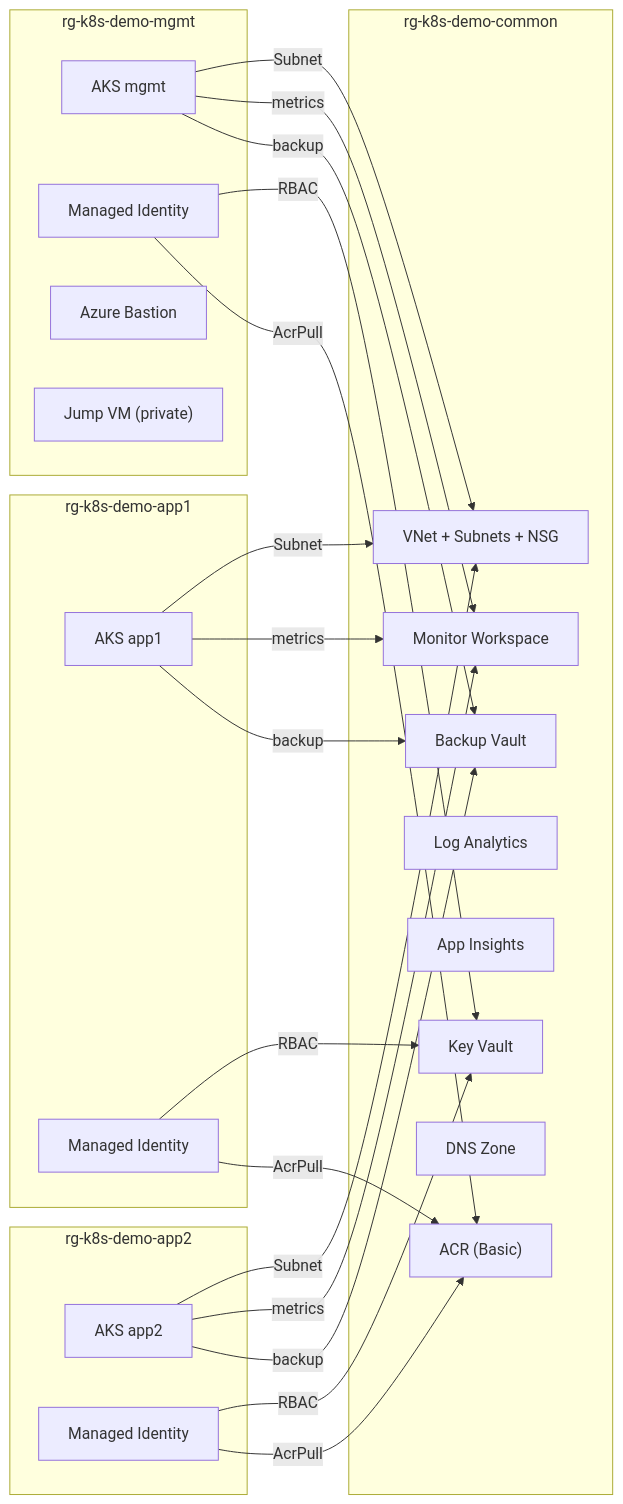
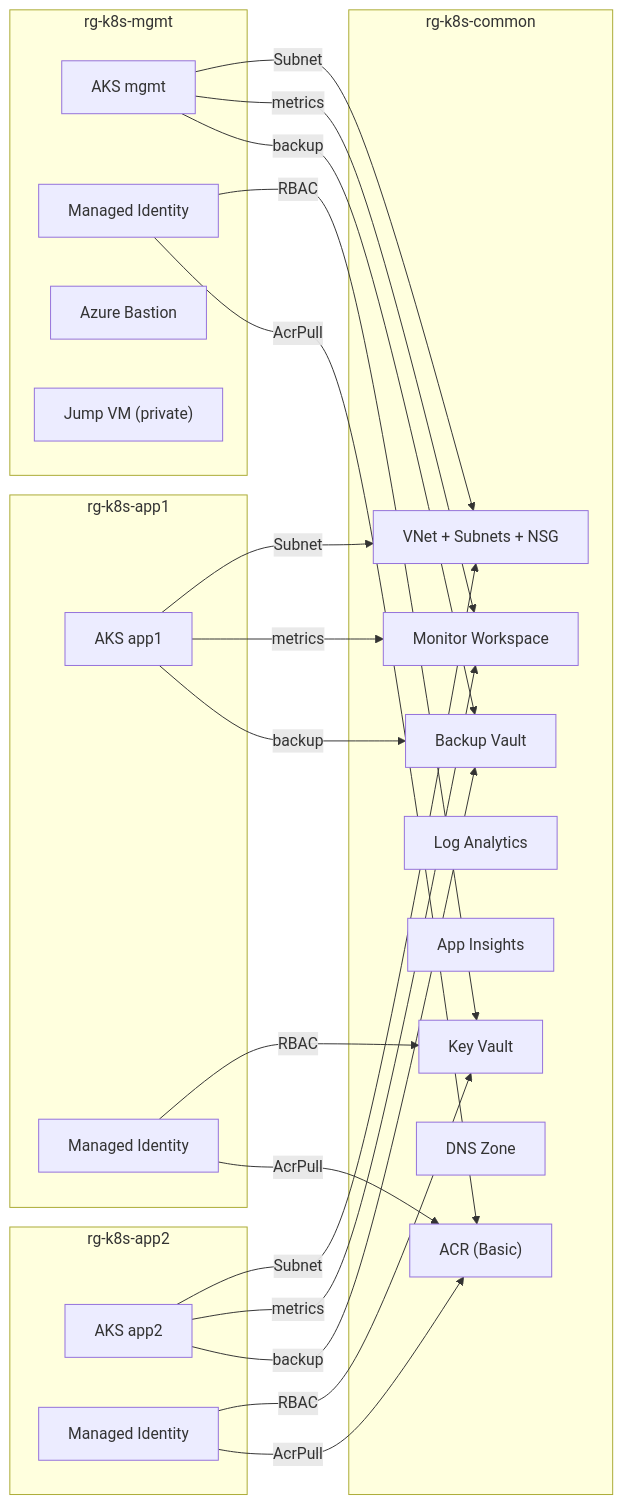
One commit to bocopile/azure-k8s-terraform changed the second of 22 diagrams in document/azure/DIAGRAMS.md. Above: the diagram before and after it, drawn with Mermaid. The commit also changed other lines of this file and 24 other files, not shown here.

````diff
--- a/document/azure/DIAGRAMS.md
+++ b/document/azure/DIAGRAMS.md
@@ -132,50 +132,50 @@
 ```mermaid
 graph LR
-    subgraph rg-common["rg-k8s-demo-common"]
+    subgraph rg-common["rg-k8s-common"]
         VNet["VNet + Subnets + NSG"]
         KV["Key Vault"]
         MON["Monitor Workspace"]
         LAW["Log Analytics"]
         AI["App Insights"]
         BV["Backup Vault"]
         DNS["DNS Zone"]
         ACR["ACR (Basic)"]
     end
 
-    subgraph rg-mgmt["rg-k8s-demo-mgmt"]
+    subgraph rg-mgmt["rg-k8s-mgmt"]
         AKS_M["AKS mgmt"]
         MI_M["Managed Identity"]
         BAST["Azure Bastion"]
         JVM["Jump VM (private)"]
     end
 
-    subgraph rg-app1["rg-k8s-demo-app1"]
+    subgraph rg-app1["rg-k8s-app1"]
         AKS_A1["AKS app1"]
         MI_A1["Managed Identity"]
     end
 
-    subgraph rg-app2["rg-k8s-demo-app2"]
+    subgraph rg-app2["rg-k8s-app2"]
         AKS_A2["AKS app2"]
         MI_A2["Managed Identity"]
     end
 
     AKS_M -->|Subnet| VNet
     AKS_A1 -->|Subnet| VNet
     AKS_A2 -->|Subnet| VNet
 
     MI_M -->|RBAC| KV
     MI_A1 -->|RBAC| KV
     MI_A2 -->|RBAC| KV
 
     AKS_M -->|metrics| MON
     AKS_A1 -->|metrics| MON
     AKS_A2 -->|metrics| MON
 
     AKS_M -->|backup| BV
     AKS_A1 -->|backup| BV
     AKS_A2 -->|backup| BV
 
     MI_M -->|AcrPull| ACR
     MI_A1 -->|AcrPull| ACR
     MI_A2 -->|AcrPull| ACR
 ```
````
